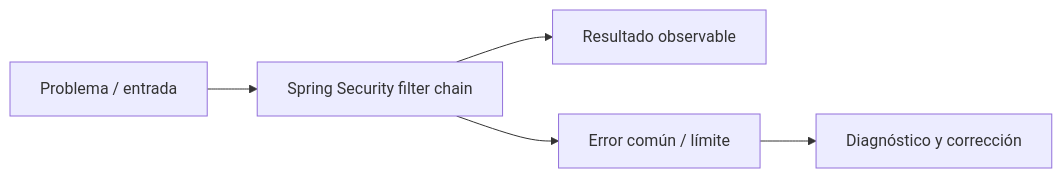
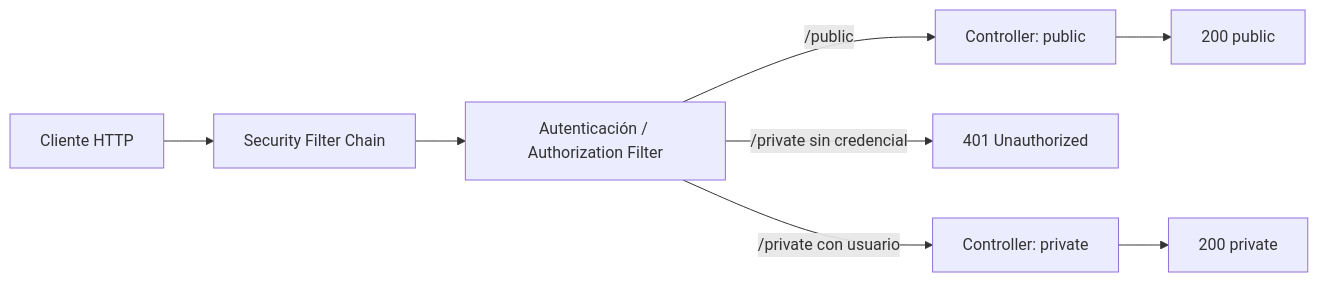
The diagram in docs/cursos/springboot-microservicios-desde-cero/fichas/m09-l01-spring-security-filter-chain.md (NICORUIZ93/The_Imperial_Book), drawn with Mermaid before and after one commit. The commit also changed other lines of this file and 119 other files, not shown here.

````diff
--- a/docs/cursos/springboot-microservicios-desde-cero/fichas/m09-l01-spring-security-filter-chain.md
+++ b/docs/cursos/springboot-microservicios-desde-cero/fichas/m09-l01-spring-security-filter-chain.md
@@ -19,7 +57,10 @@
 ```mermaid
 flowchart LR
-  A[Problema / entrada] --> B[Spring Security filter chain]
-  B --> C[Resultado observable]
-  B --> D[Error común / límite]
-  D --> E[Diagnóstico y corrección]
+  C[Cliente HTTP] --> F1[Security Filter Chain]
+  F1 --> F2[Autenticación / Authorization Filter]
+  F2 -->|/public| P[Controller: public]
+  F2 -->|/private sin credencial| U[401 Unauthorized]
+  F2 -->|/private con usuario| R[Controller: private]
+  P --> OK1[200 public]
+  R --> OK2[200 private]
 ```
````
